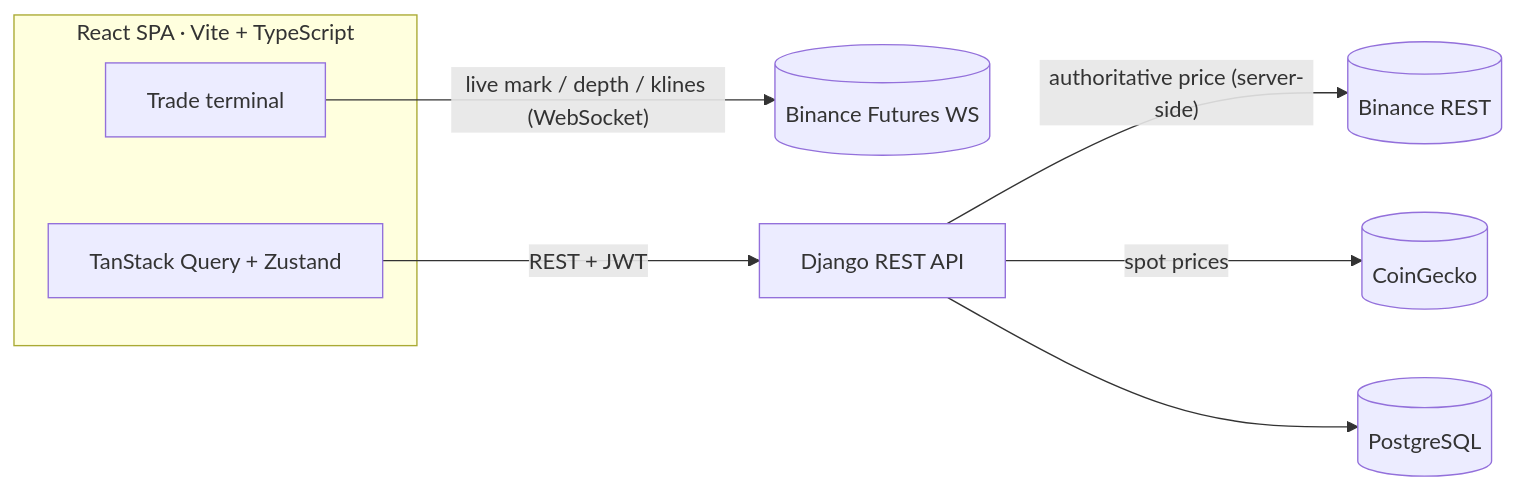
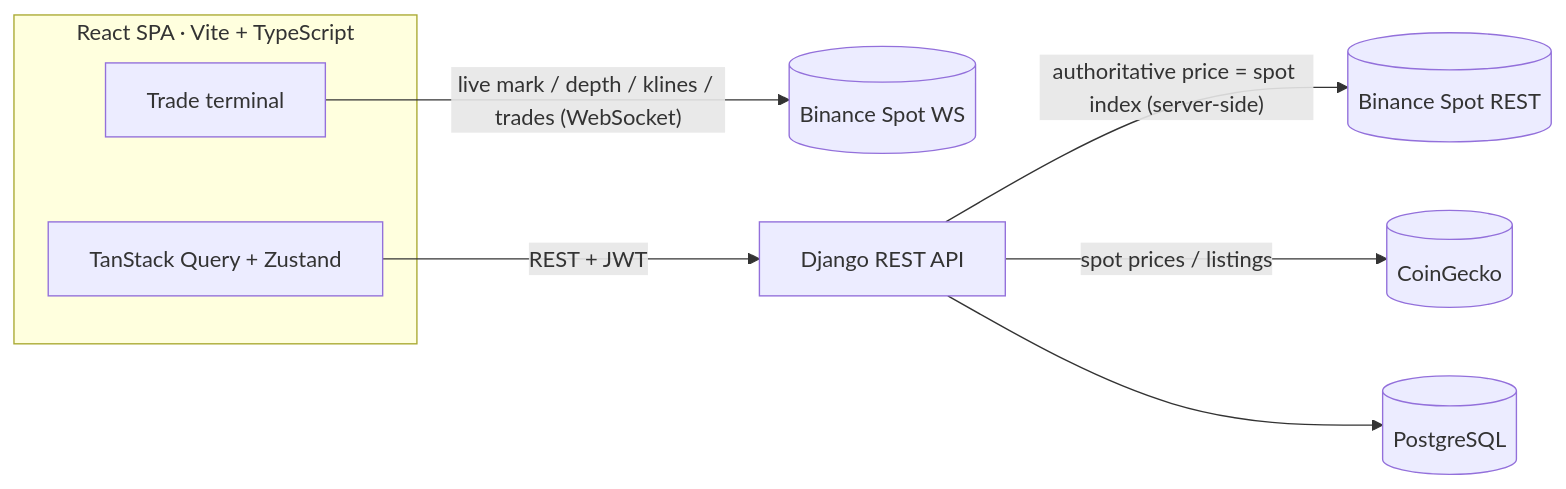
The diagram in README.md (Toshkee/CryptoFlow), drawn with Mermaid before and after one commit. The commit also changed other lines of this file and 18 other files, not shown here.

````diff
--- a/README.md
+++ b/README.md
@@ -50,12 +55,12 @@
 ```mermaid
 flowchart LR
     subgraph Browser["React SPA · Vite + TypeScript"]
         UI["Trade terminal"]
         Q["TanStack Query + Zustand"]
     end
-    UI -- "live mark / depth / klines (WebSocket)" --> BWS[("Binance Futures WS")]
+    UI -- "live mark / depth / klines / trades (WebSocket)" --> BWS[("Binance Spot WS")]
     Q -- "REST + JWT" --> API["Django REST API"]
-    API -- "authoritative price (server-side)" --> BR[("Binance REST")]
-    API -- "spot prices" --> CG[("CoinGecko")]
+    API -- "authoritative price = spot index (server-side)" --> BR[("Binance Spot REST")]
+    API -- "spot prices / listings" --> CG[("CoinGecko")]
     API --> DB[("PostgreSQL")]
 ```
````
